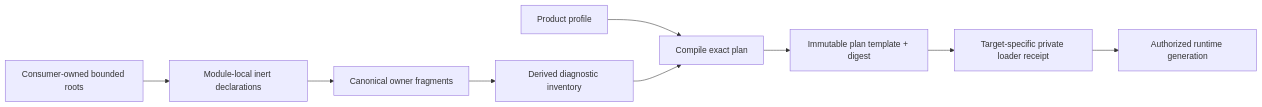
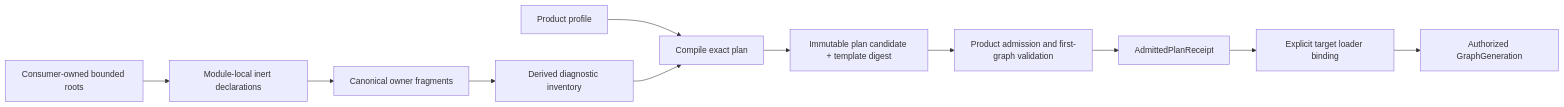
The third of 3 diagrams in docs/qualification/universal-module-extension-system/module-graph.md (agent-teams-ai/extension-foundation), drawn with Mermaid before and after one commit. The commit also changed other lines of this file and 25 other files, not shown here.

Commit message:
fix(qualification): close module architecture review gaps

````diff
--- a/docs/qualification/universal-module-extension-system/module-graph.md
+++ b/docs/qualification/universal-module-extension-system/module-graph.md
@@ -247,11 +262,13 @@
 ```mermaid
 flowchart LR
     Roots["Consumer-owned bounded roots"] --> Declarations["Module-local inert declarations"]
     Declarations --> Fragments["Canonical owner fragments"]
     Fragments --> Inventory["Derived diagnostic inventory"]
     Profile["Product profile"] --> Compile["Compile exact plan"]
     Inventory --> Compile
-    Compile --> Plan["Immutable plan template + digest"]
-    Plan --> Loaders["Target-specific private loader receipt"]
-    Loaders --> Runtime["Authorized runtime generation"]
+    Compile --> Plan["Immutable plan candidate + template digest"]
+    Plan --> Admit["Product admission and first-graph validation"]
+    Admit --> Receipt["AdmittedPlanReceipt"]
+    Receipt --> Loaders["Explicit target loader binding"]
+    Loaders --> Runtime["Authorized GraphGeneration"]
 ```
````
